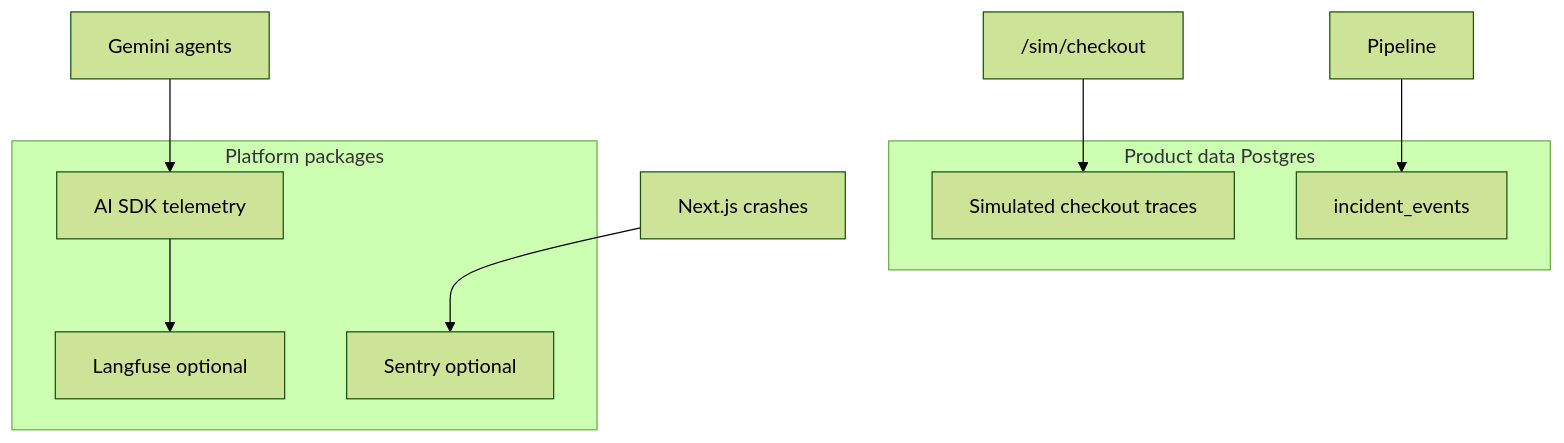
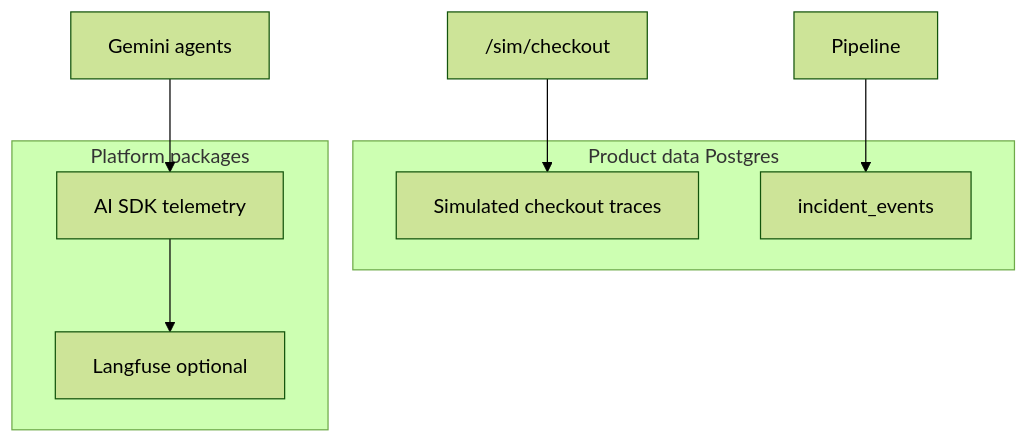
The third of 3 diagrams in diagrams/ARCHITECTURE.md (amit-lekhak/production-incident-agent), drawn with Mermaid (forest theme) before and after one commit. The commit also changed 6 other files, not shown here.

````diff
--- a/diagrams/ARCHITECTURE.md
+++ b/diagrams/ARCHITECTURE.md
@@ -108,19 +108,17 @@
 ```mermaid
 flowchart TD
   subgraph product [Product data Postgres]
     SimTraces[Simulated checkout traces]
     Timeline[incident_events]
   end
 
   subgraph platform [Platform packages]
     AISDK["AI SDK telemetry"]
     Langfuse[Langfuse optional]
-    Sentry["Sentry optional"]
   end
 
   Checkout["/sim/checkout"] --> SimTraces
   Pipeline[Pipeline] --> Timeline
   Agents[Gemini agents] --> AISDK
   AISDK --> Langfuse
-  NextApp[Next.js crashes] --> Sentry
 ```
````
